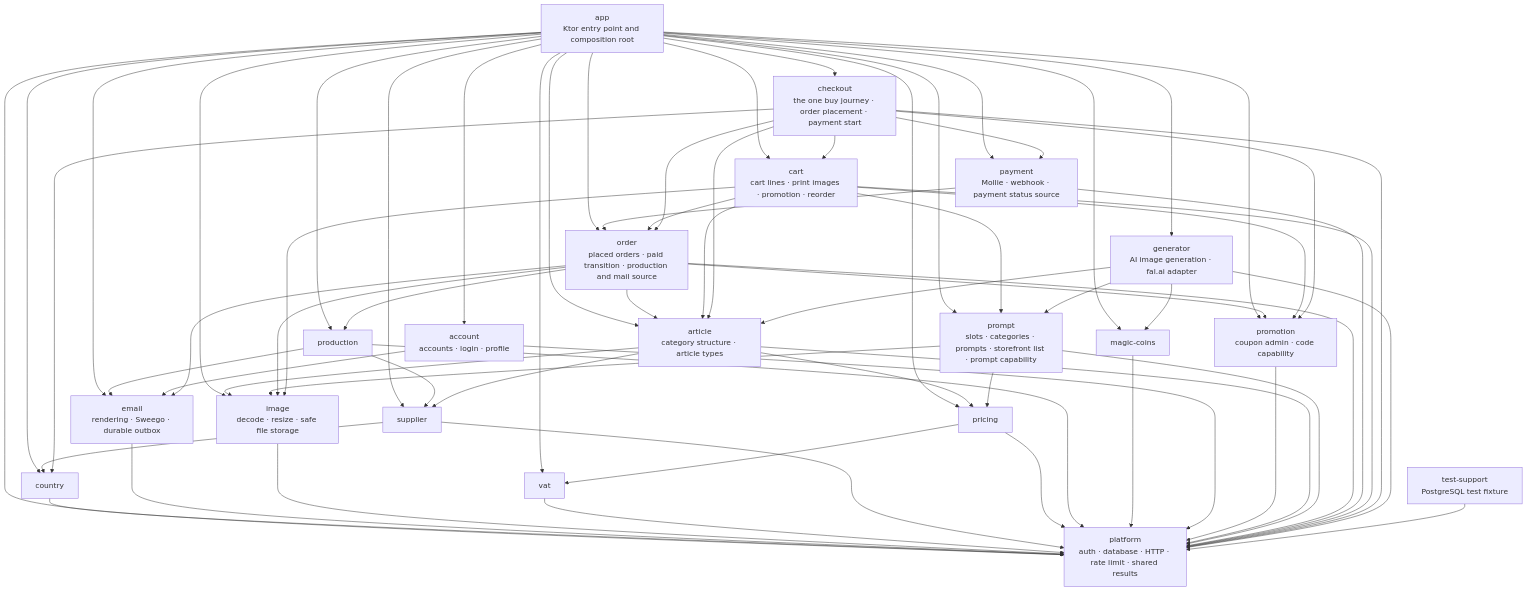
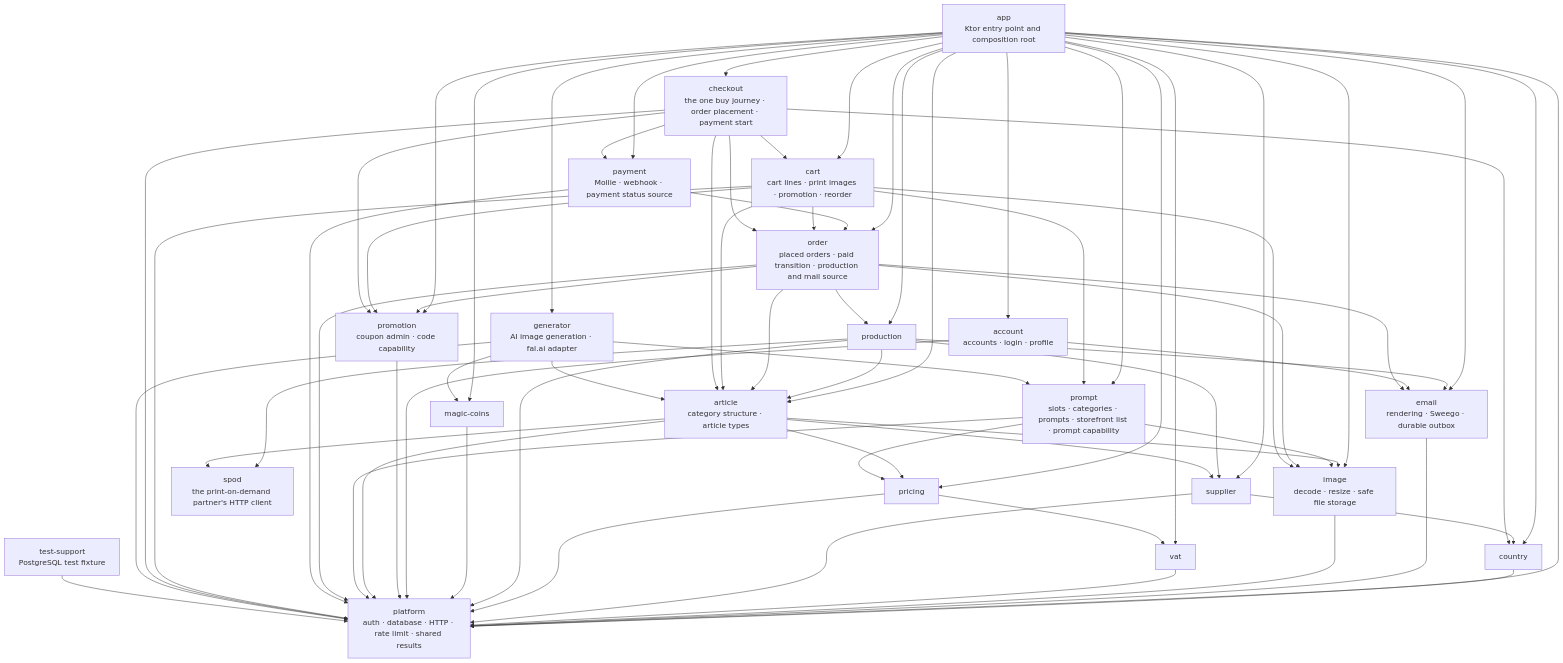
Before and after one commit to bitstorm-tech/voenix-shop-kotlin: the diagram in docs/dev/backend/conventions/module-architecture.md, drawn with Mermaid. The commit also changed other lines of this file and 9 other files, not shown here.

```diff
--- a/docs/dev/backend/conventions/module-architecture.md
+++ b/docs/dev/backend/conventions/module-architecture.md
@@ -54,6 +54,7 @@
     Vat["vat"]
     Supplier["supplier"]
     Pricing["pricing"]
+    Spod["spod<br/>the print-on-demand partner's HTTP client"]
     Production["production"]
     MagicCoins["magic-coins"]
     Account["account<br/>accounts · login · profile"]
@@ -96,6 +97,8 @@
     Production --> Platform
     Production --> Email
     Production --> Supplier
+    Production --> Article
+    Production --> Spod
     MagicCoins --> Platform
     Account --> Platform
     Account --> Email
@@ -104,6 +107,7 @@
     Article --> Image
     Article --> Pricing
     Article --> Supplier
+    Article --> Spod
     Prompt --> Platform
     Prompt --> Image
     Prompt --> Pricing
```
